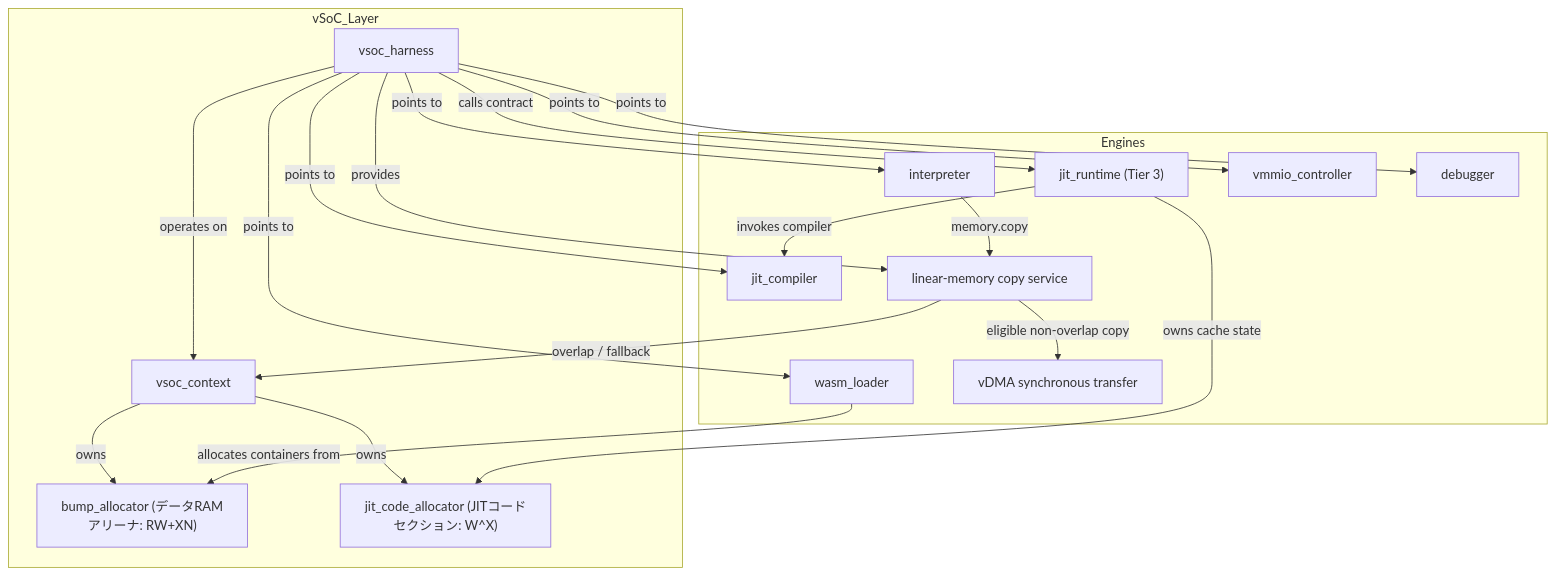
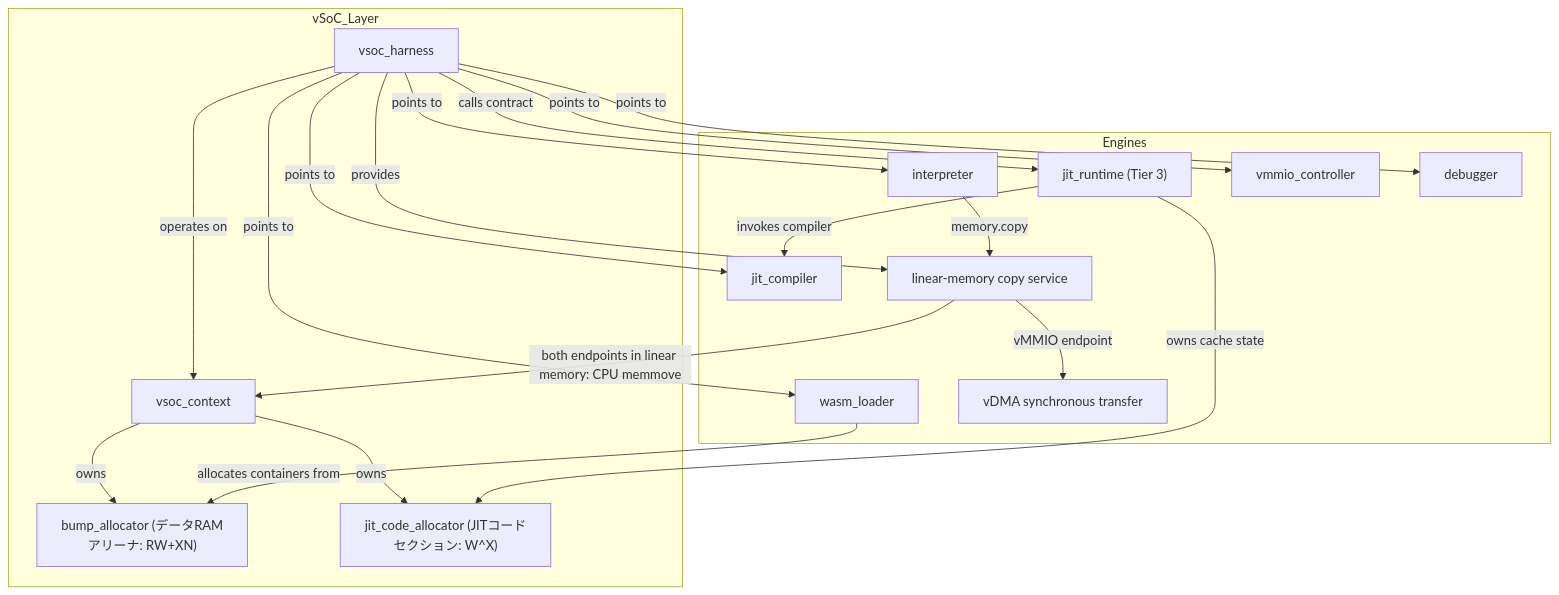
The first of 7 diagrams in docs/components/tier2_runtime/runtime_vsoc.md (kmt-t/fireball), drawn with Mermaid before and after one commit. The commit also changed other lines of this file and 151 other files, not shown here.

````diff
--- a/docs/components/tier2_runtime/runtime_vsoc.md
+++ b/docs/components/tier2_runtime/runtime_vsoc.md
@@ -35,37 +35,37 @@
 ```mermaid
 graph TD
     subgraph vSoC_Layer
         Harness["vsoc_harness"]
         Context["vsoc_context"]
         Alloc["bump_allocator (データRAMアリーナ: RW+XN)"]
         JitAlloc["jit_code_allocator (JITコードセクション: W^X)"]
     end
 
     subgraph Engines
         Loader["wasm_loader"]
         Interp["interpreter"]
         JIT["jit_compiler"]
         JITRuntime["jit_runtime (Tier 3)"]
         BulkCopy["linear-memory copy service"]
         VDMA["vDMA synchronous transfer"]
         vMMIO["vmmio_controller"]
         Debug["debugger"]
     end
 
     Harness -- points to --> Loader
     Harness -- points to --> Interp
     Harness -- points to --> JIT
     Harness -- calls contract --> JITRuntime
     Harness -- points to --> vMMIO
     Harness -- points to --> Debug
     Harness -- operates on --> Context
     Harness -- provides --> BulkCopy
     Interp -- memory.copy --> BulkCopy
-    BulkCopy -- eligible non-overlap copy --> VDMA
-    BulkCopy -- overlap / fallback --> Context
+    BulkCopy -- vMMIO endpoint --> VDMA
+    BulkCopy -- both endpoints in linear memory: CPU memmove --> Context
     Context -- owns --> Alloc
     Context -- owns --> JitAlloc
     Loader -- allocates containers from --> Alloc
     JITRuntime -- owns cache state --> JitAlloc
     JITRuntime -- invokes compiler --> JIT
 ```
````
